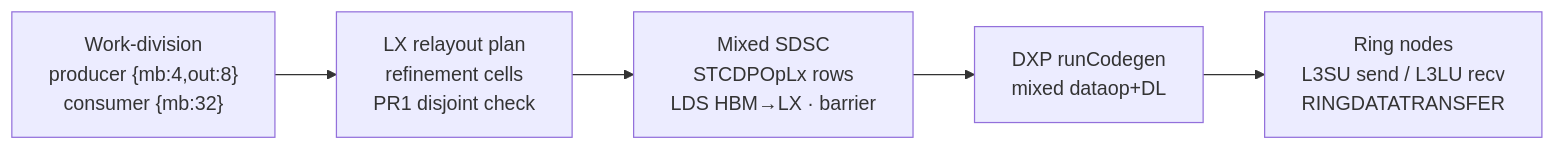
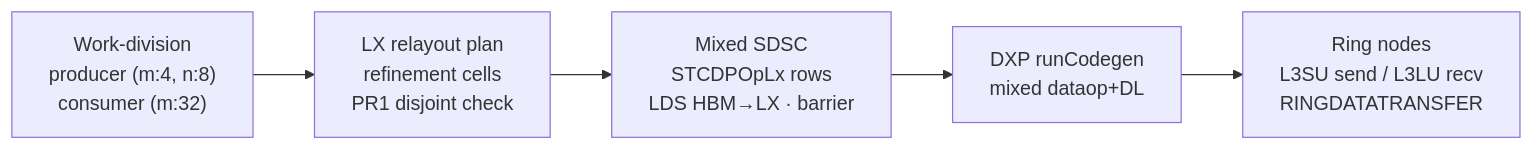
One commit to AdnanHoque/torch-spyre changed the second of 2 diagrams in ab/lx_relayout_stcdp_first_principles.md. Above: the diagram before and after it, drawn with Mermaid. The commit also changed other lines of this file and 1 other file, not shown here.

````diff
--- a/ab/lx_relayout_stcdp_first_principles.md
+++ b/ab/lx_relayout_stcdp_first_principles.md
@@ -122,7 +131,7 @@
 ```mermaid
 flowchart LR
-  WD["Work-division<br/>producer {mb:4,out:8}<br/>consumer {mb:32}"] --> PL["LX relayout plan<br/>refinement cells<br/>PR1 disjoint check"]
+  WD["Work-division<br/>producer (m:4, n:8)<br/>consumer (m:32)"] --> PL["LX relayout plan<br/>refinement cells<br/>PR1 disjoint check"]
   PL --> SD["Mixed SDSC<br/>STCDPOpLx rows<br/>LDS HBM→LX · barrier"]
   SD --> DXP["DXP runCodegen<br/>mixed dataop+DL"]
   DXP --> RING["Ring nodes<br/>L3SU send / L3LU recv<br/>RINGDATATRANSFER"]
 ```
````
